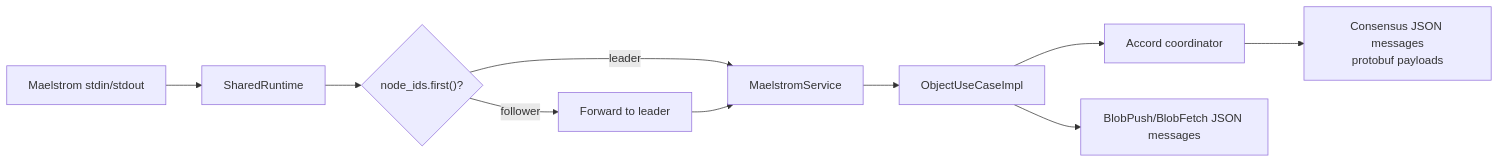
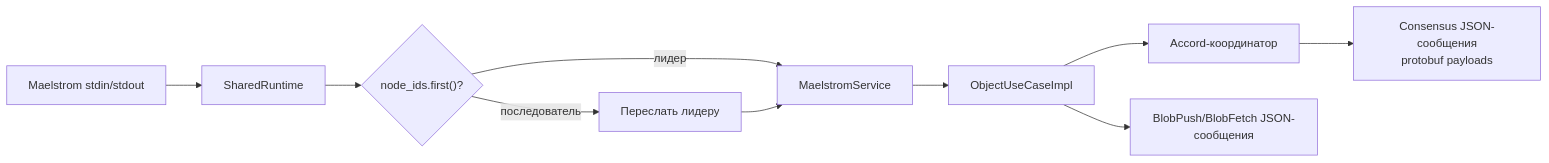
Before and after one commit to Bromles/so3: the fifth of 5 diagrams in docs/architecture.md, drawn with Mermaid. The commit also changed other lines of this file and 6 other files, not shown here.

````diff
--- a/docs/architecture.md
+++ b/docs/architecture.md
@@ -152,12 +155,12 @@
 ```mermaid
 flowchart LR
     maelstrom["Maelstrom stdin/stdout"] --> runtime["SharedRuntime"]
     runtime --> leader{"node_ids.first()?"}
-    leader -->|leader| service["MaelstromService"]
-    leader -->|follower| forward["Forward to leader"]
+    leader -->|лидер| service["MaelstromService"]
+    leader -->|последователь| forward["Переслать лидеру"]
     forward --> service
     service --> core_uc["ObjectUseCaseImpl"]
-    core_uc --> coord["Accord coordinator"]
-    coord --> consensus_json["Consensus JSON messages\nprotobuf payloads"]
-    core_uc --> blob_json["BlobPush/BlobFetch JSON messages"]
+    core_uc --> coord["Accord-координатор"]
+    coord --> consensus_json["Consensus JSON-сообщения\nprotobuf payloads"]
+    core_uc --> blob_json["BlobPush/BlobFetch JSON-сообщения"]
 ```
````
